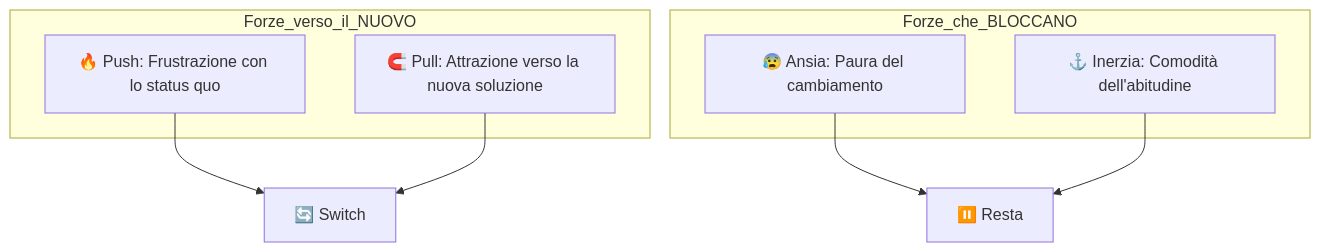
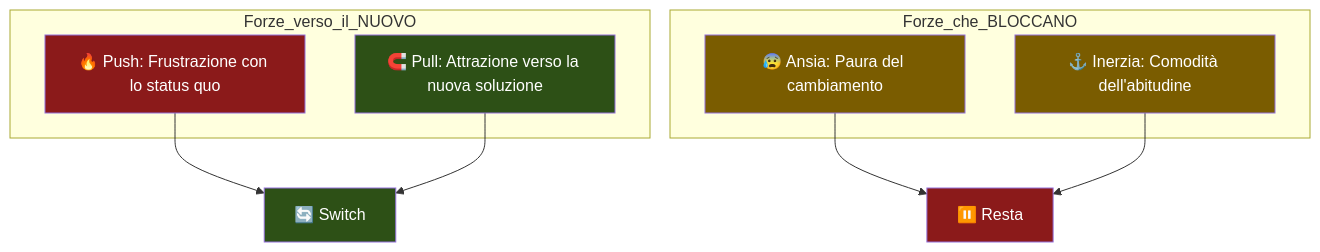
Before and after one commit to AndreyBertasini/gynnitech: the first of 2 diagrams in src/content/corso/data-collection/jtbd.mdx, drawn with Mermaid. The commit also changed other lines of this file and 21 other files, not shown here.

First line of the commit message:
style: applica color scheme semantico a tutti i diagrammi Mermaid del corso

````diff
--- a/src/content/corso/data-collection/jtbd.mdx
+++ b/src/content/corso/data-collection/jtbd.mdx
@@ -109,15 +109,21 @@
 ```mermaid
 graph TD
     subgraph Forze_verso_il_NUOVO
         PUSH["🔥 Push: Frustrazione con lo status quo"]
         PULL["🧲 Pull: Attrazione verso la nuova soluzione"]
     end
     subgraph Forze_che_BLOCCANO
         ANXIETY["😰 Ansia: Paura del cambiamento"]
         INERTIA["⚓ Inerzia: Comodità dell'abitudine"]
     end
     PUSH --> SWITCH["🔄 Switch"]
     PULL --> SWITCH
     ANXIETY --> STAY["⏸️ Resta"]
     INERTIA --> STAY
+    style PUSH fill:#8b1a1a,color:#ffffff
+    style PULL fill:#2d5016,color:#ffffff
+    style ANXIETY fill:#7a5c00,color:#ffffff
+    style INERTIA fill:#7a5c00,color:#ffffff
+    style SWITCH fill:#2d5016,color:#ffffff
+    style STAY fill:#8b1a1a,color:#ffffff
 ```
````
